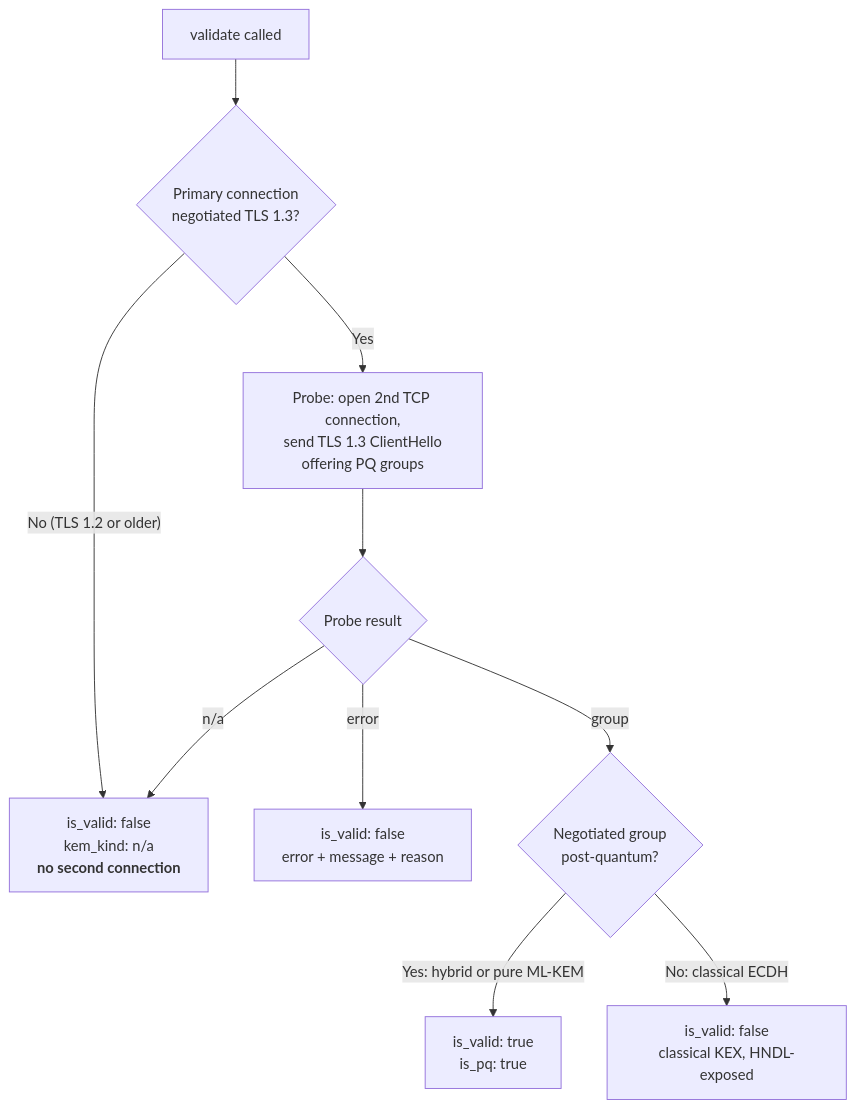
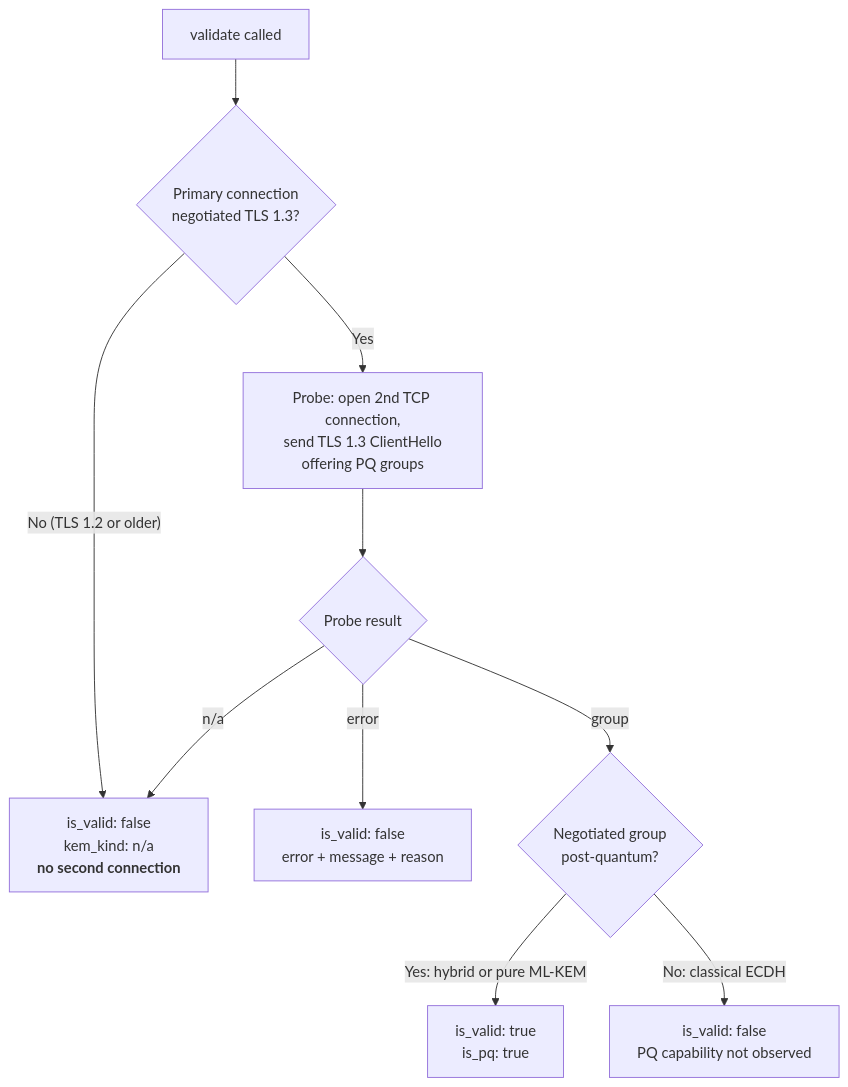
Before and after one commit to bradh11/certmonitor: the diagram in docs/validators/pq_key_exchange.md, drawn with Mermaid. The commit also changed other lines of this file and 82 other files, not shown here.

````diff
--- a/docs/validators/pq_key_exchange.md
+++ b/docs/validators/pq_key_exchange.md
@@ -49,12 +58,12 @@
 ```mermaid
 flowchart TD
     A[validate called] --> B{Primary connection<br/>negotiated TLS 1.3?}
     B -- "No (TLS 1.2 or older)" --> N["is_valid: false<br/>kem_kind: n/a<br/><b>no second connection</b>"]
     B -- Yes --> C[Probe: open 2nd TCP connection,<br/>send TLS 1.3 ClientHello<br/>offering PQ groups]
     C --> D{Probe result}
     D -- error --> E["is_valid: false<br/>error + message + reason"]
     D -- n/a --> N
     D -- group --> F{Negotiated group<br/>post-quantum?}
     F -- "Yes: hybrid or pure ML-KEM" --> G["is_valid: true<br/>is_pq: true"]
-    F -- "No: classical ECDH" --> H["is_valid: false<br/>classical KEX, HNDL-exposed"]
+    F -- "No: classical ECDH" --> H["is_valid: false<br/>PQ capability not observed"]
 ```
````
